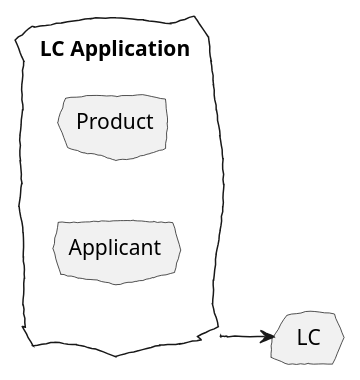
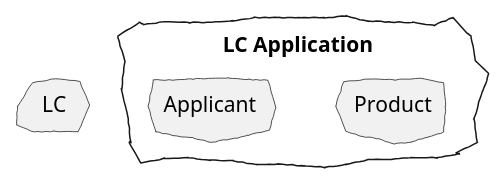
The third of 3 diagrams in book/src/docs/asciidoc/05-implementing-domain-logic.adoc (PacktPublishing/Domain-Driven-Design-with-Java-A-Practitioner-s-Guide), drawn with PlantUML before and after one commit. The commit also changed other lines of this file and 1 other file, not shown here.

```diff
--- a/book/src/docs/asciidoc/05-implementing-domain-logic.adoc
+++ b/book/src/docs/asciidoc/05-implementing-domain-logic.adoc
@@ -152,15 +152,14 @@
 [plantuml,lc-application]
 ....
 @startuml
 skinparam CloudFontName "Gloria Hallelujah"
 skinparam monochrome true
 skinparam handwritten true
-left to right direction
 cloud "LC Application" as App {
   cloud Product
   cloud Applicant
 }
 cloud LC
-App --> LC
+
 @enduml
 ....
```
